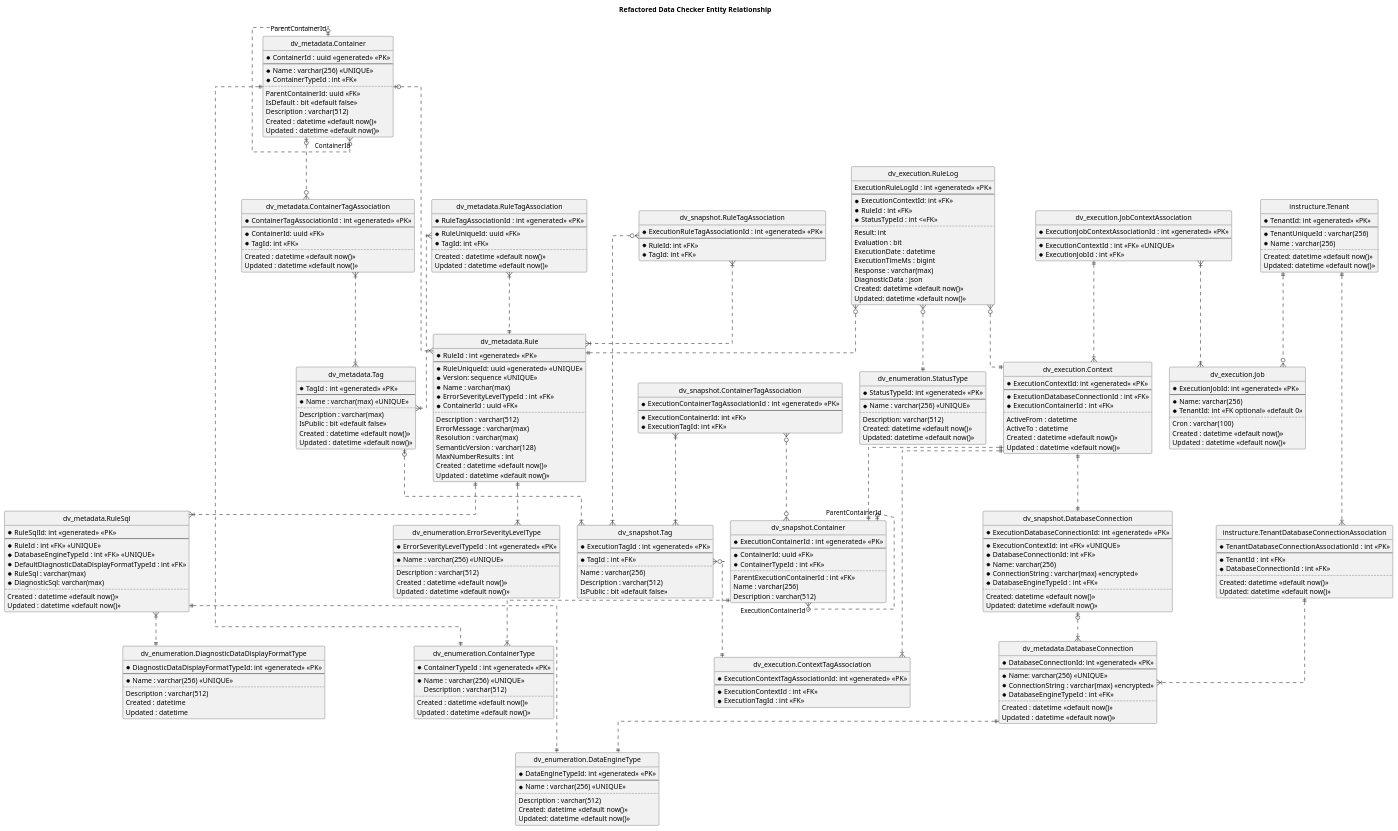
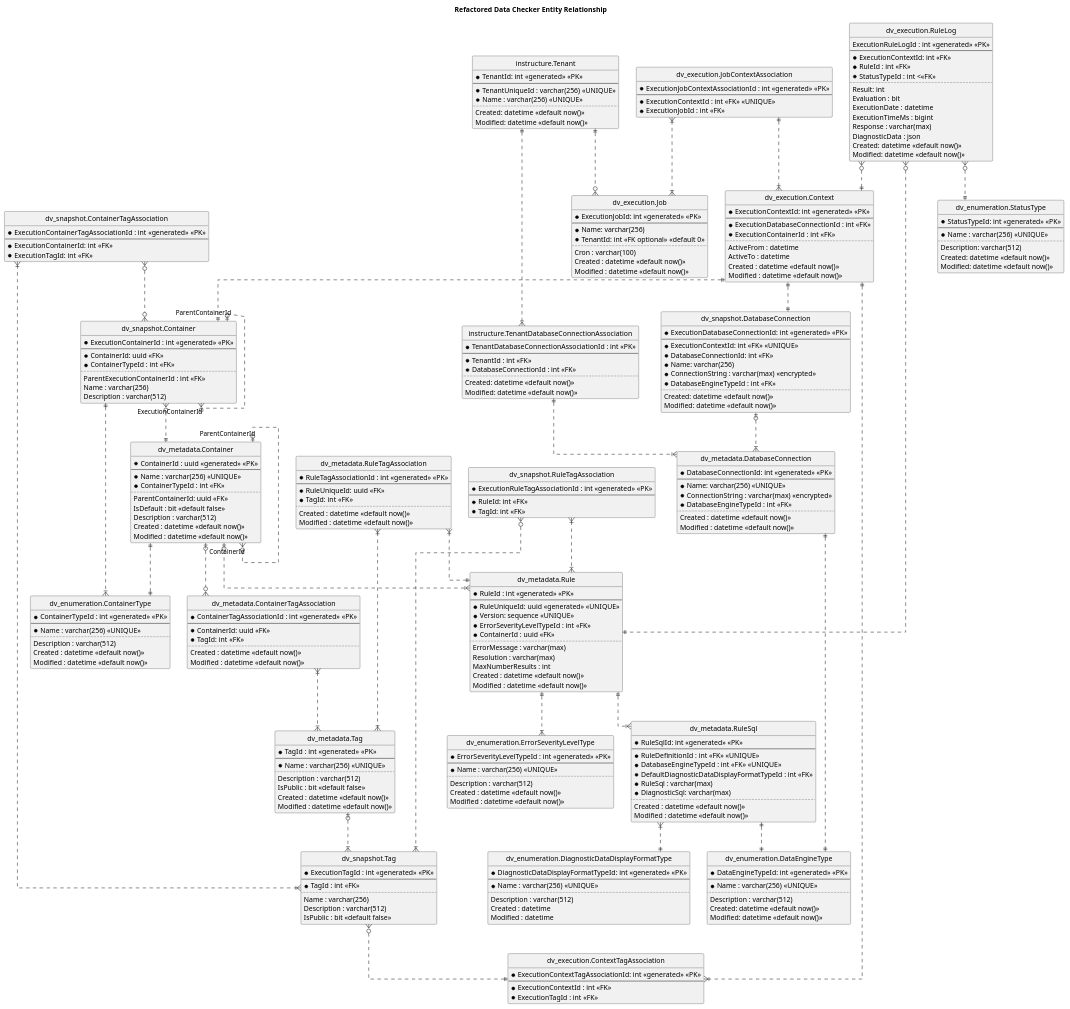
Before and after one commit to jamessmckay/DataChecker: the diagram in src/MSDF.DataChecker.Infrastructure/Uml/proposed_refactored_er.puml, drawn with PlantUML.

Commit message:
minor tweaks to column widths, and rename of updated to modified

```diff
--- a/src/MSDF.DataChecker.Infrastructure/Uml/proposed_refactored_er.puml
+++ b/src/MSDF.DataChecker.Infrastructure/Uml/proposed_refactored_er.puml
@@ -15,7 +15,7 @@
     IsDefault : bit <<default false>>
     Description : varchar(512)
     Created : datetime <<default now()>>
-    Updated : datetime <<default now()>>
+    Modified : datetime <<default now()>>
 }
 
 entity "dv_metadata.Rule" as Rules {
@@ -23,41 +23,38 @@
     --
     * RuleUniqueId: uuid <<generated>> <<UNIQUE>>
     * Version: sequence <<UNIQUE>>
-    * Name : varchar(max)
     * ErrorSeverityLevelTypeId : int <<FK>>
     * ContainerId : uuid <<FK>>
     ..
-    Description : varchar(512)
     ErrorMessage : varchar(max)
     Resolution : varchar(max)
-    SemanticVersion : varchar(128)
     MaxNumberResults : int
     Created : datetime <<default now()>>
-    Updated : datetime <<default now()>>
+    Modified : datetime <<default now()>>
 }
 
 entity "dv_metadata.RuleSql" as RuleSql {
     * RuleSqlId: int <<generated>> <<PK>>
     --
-    * RuleId : int <<FK>> <<UNIQUE>>
+    * RuleDefinitionId : int <<FK>> <<UNIQUE>>
     * DatabaseEngineTypeId : int <<FK>> <<UNIQUE>>
     * DefaultDiagnosticDataDisplayFormatTypeId : int <<FK>>
     * RuleSql : varchar(max)
     * DiagnosticSql: varchar(max)
     ..
     Created : datetime <<default now()>>
-    Updated : datetime <<default now()>>
+    Modified : datetime <<default now()>>
 }
 
 entity "dv_metadata.Tag" as Tags {
     * TagId : int <<generated>> <<PK>>
     --
-    * Name : varchar(max) <<UNIQUE>>
+    * Name : varchar(256) <<UNIQUE>>
     ..
-    Description : varchar(max)
+    Description : varchar(512)
     IsPublic : bit <<default false>>
     Created : datetime <<default now()>>
-    Updated : datetime <<default now()>>
+    Modified : datetime <<default now()>>
 }
 
 entity "dv_metadata.ContainerTagAssociation" as ContainerTagAssociations {
@@ -67,7 +64,7 @@
     * TagId: int <<FK>>
     ..
     Created : datetime <<default now()>>
-    Updated : datetime <<default now()>>
+    Modified : datetime <<default now()>>
 }
 
 entity "dv_metadata.RuleTagAssociation" as RuleTagAssociations {
@@ -77,7 +74,7 @@
     * TagId: int <<FK>>
     ..
     Created : datetime <<default now()>>
-    Updated : datetime <<default now()>>
+    Modified : datetime <<default now()>>
 }
 
 entity "dv_metadata.DatabaseConnection" as DatabaseConnections {
@@ -88,7 +85,7 @@
     * DatabaseEngineTypeId : int <<FK>>
     ..
     Created : datetime <<default now()>>
-    Updated : datetime <<default now()>>
+    Modified : datetime <<default now()>>
 }
 
 
@@ -114,7 +111,7 @@
     * DatabaseEngineTypeId : int <<FK>>
     ..
     Created: datetime <<default now()>>
-    Updated: datetime <<default now()>>
+    Modified: datetime <<default now()>>
 }
 
 entity "dv_snapshot.ContainerTagAssociation" as exeContainerTagAssociations {
@@ -151,7 +148,7 @@
     ActiveFrom : datetime
     ActiveTo : datetime
     Created : datetime <<default now()>>
-    Updated : datetime <<default now()>>
+    Modified : datetime <<default now()>>
 }
 
 entity "dv_execution.ContextTagAssociation" as exeContextTag {
@@ -170,7 +167,7 @@
     ..
     Cron : varchar(100)
     Created : datetime <<default now()>>
-    Updated : datetime <<default now()>>
+    Modified : datetime <<default now()>>
 }
 
 entity "dv_execution.JobContextAssociation" as exeJobAssociation {
@@ -179,8 +176,6 @@
     * ExecutionContextId : int <<FK>> <<UNIQUE>>
     * ExecutionJobId : int <<FK>>
 }
-
-
 
 entity "dv_execution.RuleLog" as exeRuleLog {
     ExecutionRuleLogId : int <<generated >> <<PK>>
@@ -196,7 +191,7 @@
     Response : varchar(max)
     DiagnosticData : json
     Created: datetime <<default now()>>
-    Updated: datetime <<default now()>>
+    Modified: datetime <<default now()>>
 }
 
 ' ENUMERATION SCHEMA
@@ -207,7 +202,7 @@
     ..
     Description: varchar(512)
     Created: datetime <<default now()>>
-    Updated: datetime <<default now()>>
+    Modified: datetime <<default now()>>
 }
 
 entity "dv_enumeration.DataEngineType" as DatabaseEngineType {
@@ -217,7 +212,7 @@
     ..
     Description : varchar(512)
     Created: datetime <<default now()>>
-    Updated: datetime <<default now()>>
+    Modified: datetime <<default now()>>
 }
 
 entity "dv_enumeration.DiagnosticDataDisplayFormatType" as DiagnosticDataDisplayFormatType {
@@ -227,7 +222,7 @@
     ..
     Description : varchar(512)
     Created : datetime
-    Updated : datetime
+    Modified : datetime
 }
 
 entity "dv_enumeration.ErrorSeverityLevelType" as ErrorSeverityLevelType {
@@ -237,28 +232,28 @@
     ..
     Description : varchar(512)
     Created : datetime <<default now()>>
-    Updated : datetime <<default now()>>
+    Modified : datetime <<default now()>>
 }
 
 entity "dv_enumeration.ContainerType" as ContainerType {
     * ContainerTypeId : int <<generated>> <<PK>>
     --
     * Name : varchar(256) <<UNIQUE>>
+    ..
     Description : varchar(512)
-    ..
     Created : datetime <<default now()>>
-    Updated : datetime <<default now()>>
+    Modified : datetime <<default now()>>
 }
 
 ' INSTRUCUTURE SPECIFIC
 entity "instructure.Tenant" as Tenant {
     *TenantId: int <<generated>> <<PK>>
     ---
-    * TenantUniqueId : varchar(256)
-    * Name : varchar(256)
+    * TenantUniqueId : varchar(256) <<UNIQUE>>
+    * Name : varchar(256) <<UNIQUE>>
     ..
     Created: datetime <<default now()>>
-    Updated: datetime <<default now()>>
+    Modified: datetime <<default now()>>
 }
 
 entity "instructure.TenantDatabaseConnectionAssociation" as TenantDatabaseConnectionAssociation {
@@ -268,7 +263,7 @@
     * DatabaseConnectionId : int <<FK>>
     ..
     Created: datetime <<default now()>>
-    Updated: datetime <<default now()>>
+    Modified: datetime <<default now()>>
 }
 
 Containers |o..|{ Rules
@@ -290,6 +285,8 @@
 exeContext ||..|| exeContainers
 exeContext ||..|{ exeContextTag
 exeTags }o..|| exeContextTag
+
+exeContainers }o..|| Containers
 
 exeContainers "ParentContainerId" |o..o{ "ExecutionContainerId" exeContainers
 exeContainers ||..|{ ContainerType
```
